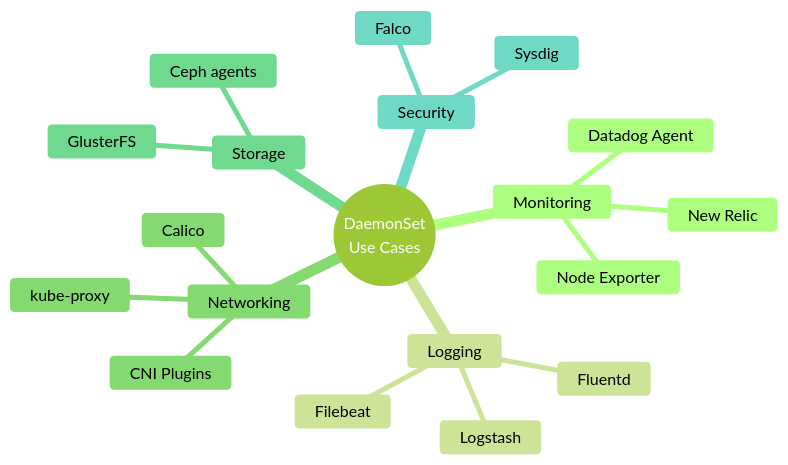
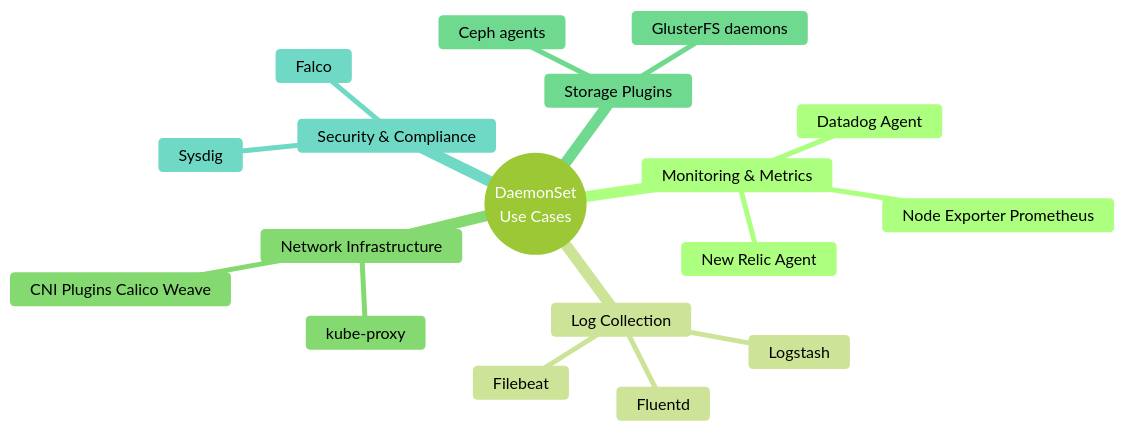
The fourth of 18 diagrams in slides/daemonsets/slides.md (courselabs/kubernetes), drawn with Mermaid (forest theme) before and after one commit. The commit also changed other lines of this file and 7 other files, not shown here.

````diff
--- a/slides/daemonsets/slides.md
+++ b/slides/daemonsets/slides.md
@@ -108,22 +133,21 @@
 ```mermaid
 mindmap
   root((DaemonSet<br/>Use Cases))
-    Monitoring
-      Node Exporter
+    Monitoring & Metrics
+      Node Exporter Prometheus
       Datadog Agent
-      New Relic
-    Logging
+      New Relic Agent
+    Log Collection
       Fluentd
       Filebeat
       Logstash
-    Networking
-      CNI Plugins
+    Network Infrastructure
+      CNI Plugins Calico Weave
       kube-proxy
-      Calico
-    Storage
+    Storage Plugins
       Ceph agents
-      GlusterFS
-    Security
+      GlusterFS daemons
+    Security & Compliance
       Falco
       Sysdig
 ```
````
